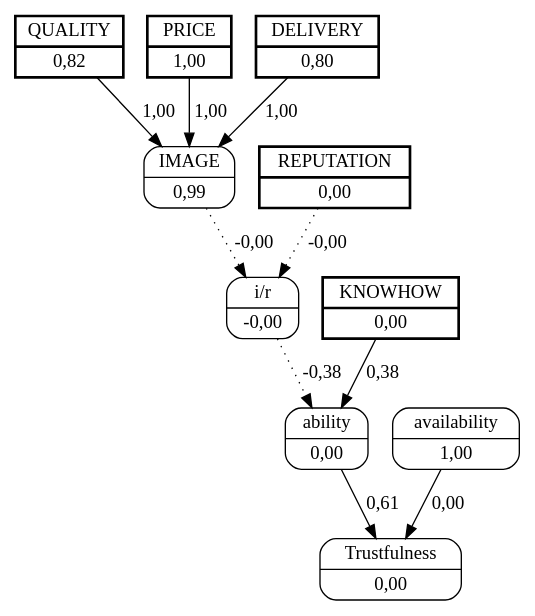
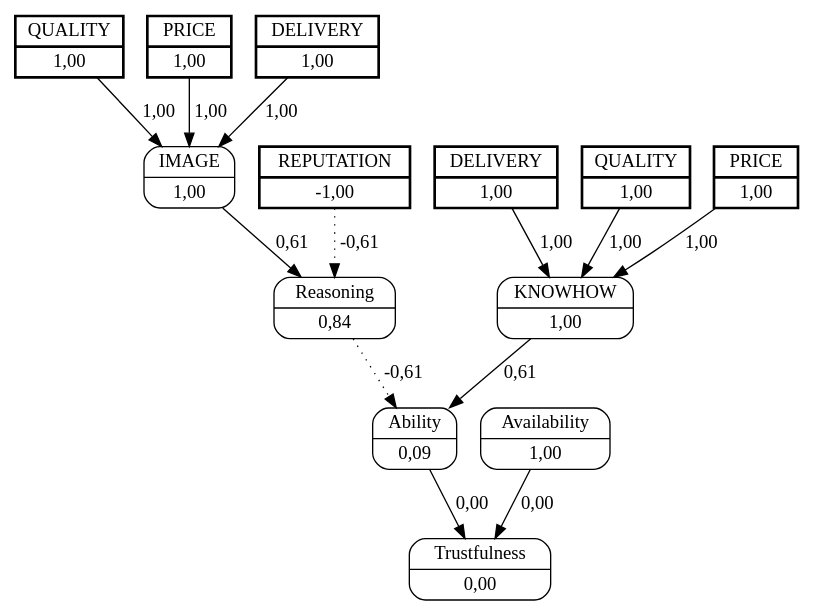
Before and after one commit to jjbaqueta/unload_experiment: the diagram in unload_boxes/dots/buyer2seller1.dot, drawn with Graphviz. The commit also changed 42 other files, not shown here.

```diff
--- a/unload_boxes/dots/buyer2seller1.dot
+++ b/unload_boxes/dots/buyer2seller1.dot
@@ -1,24 +1,31 @@
 digraph FCM_net{
 	node [shape=record, style=rounded]
-	7 [label="{QUALITY | 0,82}", style=bold, penwidth=2, peripheries=2];
+	7 [label="{QUALITY | 1,00}", style=bold, penwidth=2, peripheries=2];
 	8 [label="{PRICE | 1,00}", style=bold, penwidth=2, peripheries=2];
-	9 [label="{DELIVERY | 0,80}", style=bold, penwidth=2, peripheries=2];
-	1 [label="{REPUTATION | 0,00}", style=bold, penwidth=2, peripheries=2];
-	2 [label="{KNOWHOW | 0,00}", style=bold, penwidth=2, peripheries=2];
-	0 [label="{IMAGE | 0,99}"];
-	3 [label="{i/r | -0,00}"];
-	4 [label="{ability | 0,00}"];
-	5 [label="{availability | 1,00}"];
+	9 [label="{DELIVERY | 1,00}", style=bold, penwidth=2, peripheries=2];
+	1 [label="{REPUTATION | -1,00}", style=bold, penwidth=2, peripheries=2];
+	10 [label="{QUALITY | 1,00}", style=bold, penwidth=2, peripheries=2];
+	11 [label="{PRICE | 1,00}", style=bold, penwidth=2, peripheries=2];
+	12 [label="{DELIVERY | 1,00}", style=bold, penwidth=2, peripheries=2];
+	0 [label="{IMAGE | 1,00}"];
+	2 [label="{KNOWHOW | 1,00}"];
+	3 [label="{Reasoning | 0,84}"];
+	4 [label="{Ability | 0,09}"];
+	5 [label="{Availability | 1,00}"];
 	6 [label="{Trustfulness | 0,00}"];
-	7 [label="{QUALITY | 0,82}"];
-	9 [label="{DELIVERY | 0,80}"];
-	0 -> 3 [label = "-0,00", style=dotted];
-	1 -> 3 [label = "-0,00", style=dotted];
-	3 -> 4 [label = "-0,38", style=dotted];
-	2 -> 4 [label = "0,38"];
-	4 -> 6 [label = "0,61"];
+	7 [label="{QUALITY | 1,00}"];
+	9 [label="{DELIVERY | 1,00}"];
+	10 [label="{QUALITY | 1,00}"];
+	0 -> 3 [label = "0,61"];
+	1 -> 3 [label = "-0,61", style=dotted];
+	3 -> 4 [label = "-0,61", style=dotted];
+	2 -> 4 [label = "0,61"];
+	4 -> 6 [label = "0,00"];
 	5 -> 6 [label = "0,00"];
 	7 -> 0 [label = "1,00"];
 	8 -> 0 [label = "1,00"];
 	9 -> 0 [label = "1,00"];
+	10 -> 2 [label = "1,00"];
+	11 -> 2 [label = "1,00"];
+	12 -> 2 [label = "1,00"];
 }
```
